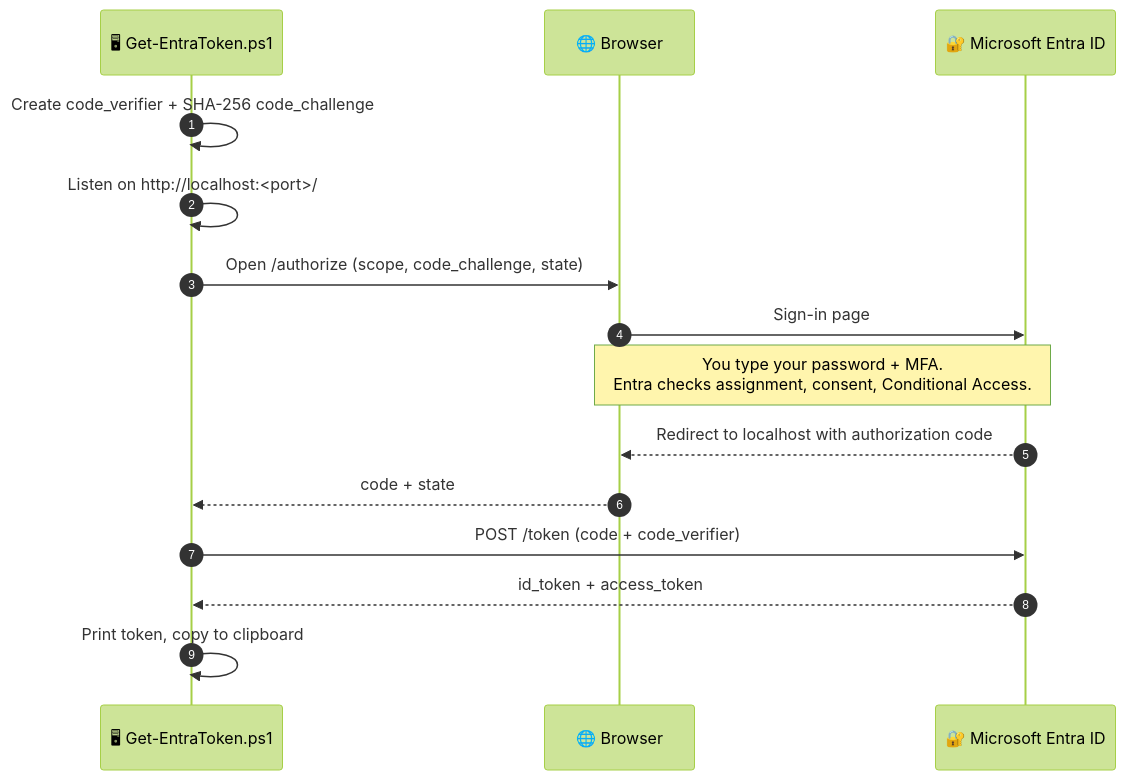
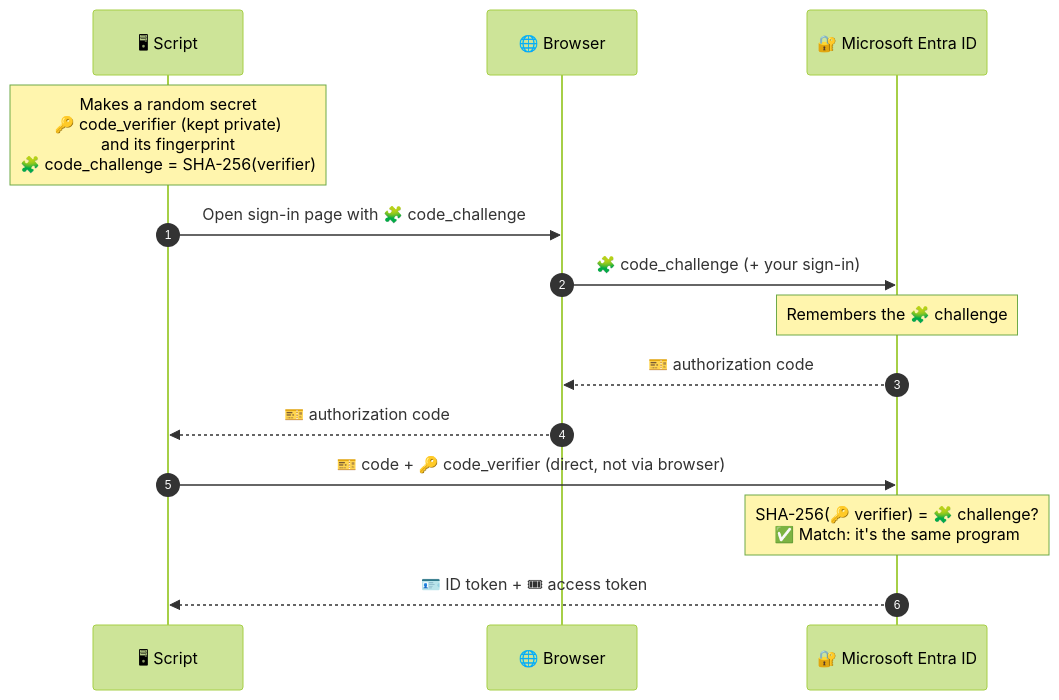
Before and after one commit to 21bshwjt/entra-id-claims-and-tokens: the third of 3 diagrams in README.md, drawn with Mermaid (forest theme). The commit also changed other lines of this file and 1 other file, not shown here.

First line of the commit message:
Beginner-friendly README with token flow and PKCE explained

````diff
--- a/README.md
+++ b/README.md
@@ -101,17 +183,17 @@
 ```mermaid
 sequenceDiagram
     autonumber
-    participant PS as 🖥 Get-EntraToken.ps1
+    participant S as 🖥 Script
     participant B as 🌐 Browser
     participant E as 🔐 Microsoft Entra ID
-    PS->>PS: Create code_verifier + SHA-256 code_challenge
-    PS->>PS: Listen on http://localhost:<port>/
-    PS->>B: Open /authorize (scope, code_challenge, state)
-    B->>E: Sign-in page
-    Note over B,E: You type your password + MFA.<br/>Entra checks assignment, consent, Conditional Access.
-    E-->>B: Redirect to localhost with authorization code
-    B-->>PS: code + state
-    PS->>E: POST /token (code + code_verifier)
-    E-->>PS: id_token + access_token
-    PS->>PS: Print token, copy to clipboard
+
+    Note over S: Makes a random secret<br/>🔑 code_verifier (kept private)<br/>and its fingerprint<br/>🧩 code_challenge = SHA-256(verifier)
+    S->>B: Open sign-in page with 🧩 code_challenge
+    B->>E: 🧩 code_challenge (+ your sign-in)
+    Note over E: Remembers the 🧩 challenge
+    E-->>B: 🎫 authorization code
+    B-->>S: 🎫 authorization code
+    S->>E: 🎫 code + 🔑 code_verifier (direct, not via browser)
+    Note over E: SHA-256(🔑 verifier) = 🧩 challenge?<br/>✅ Match: it's the same program
+    E-->>S: 🪪 ID token + 🎟 access token
 ```
````
